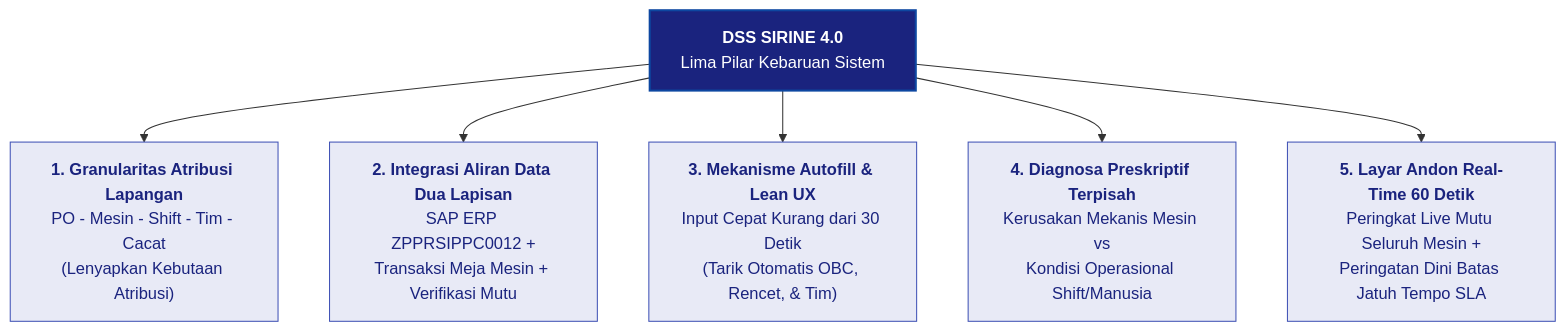
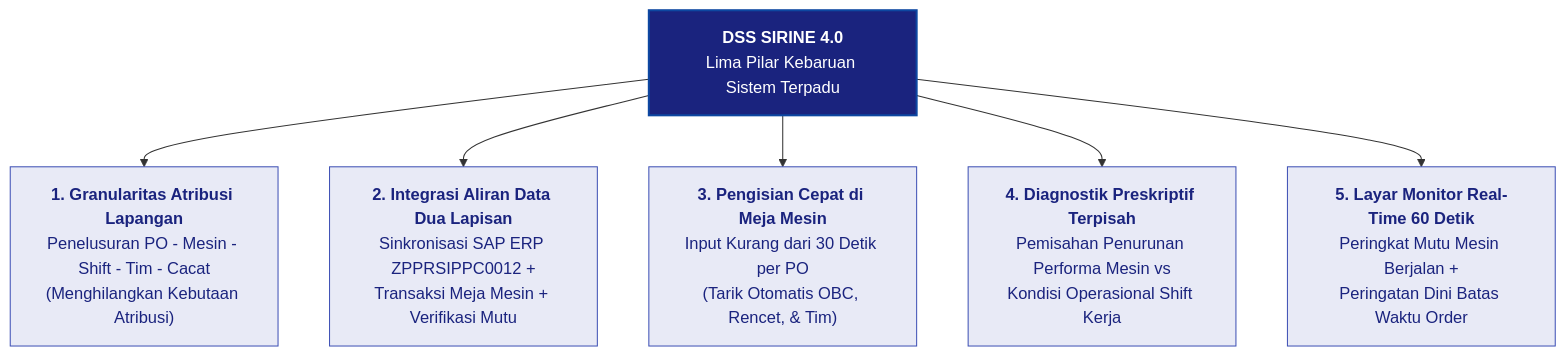
Before and after one commit to ZulfikarHD/iaka-2026: the first of 5 diagrams in makalah-iaka-2026/BAB4.md, drawn with Mermaid. The commit also changed other lines of this file and 8 other files, not shown here.

````diff
--- a/makalah-iaka-2026/BAB4.md
+++ b/makalah-iaka-2026/BAB4.md
@@ -13,23 +15,23 @@
 ```mermaid
 graph TD
-    Root["<b>DSS SIRINE 4.0</b><br/>Lima Pilar Kebaruan Sistem"]
+    Root["<b>DSS SIRINE 4.0</b><br/>Lima Pilar Kebaruan Sistem Terpadu"]
     
-    P1["<b>1. Granularitas Atribusi Lapangan</b><br/>PO - Mesin - Shift - Tim - Cacat<br/>(Lenyapkan Kebutaan Atribusi)"]
-    P2["<b>2. Integrasi Aliran Data Dua Lapisan</b><br/>SAP ERP ZPPRSIPPC0012 +<br/>Transaksi Meja Mesin + Verifikasi Mutu"]
-    P3["<b>3. Mekanisme Autofill & Lean UX</b><br/>Input Cepat Kurang dari 30 Detik<br/>(Tarik Otomatis OBC, Rencet, & Tim)"]
-    P4["<b>4. Diagnosa Preskriptif Terpisah</b><br/>Kerusakan Mekanis Mesin vs<br/>Kondisi Operasional Shift/Manusia"]
-    P5["<b>5. Layar Andon Real-Time 60 Detik</b><br/>Peringkat Live Mutu Seluruh Mesin +<br/>Peringatan Dini Batas Jatuh Tempo SLA"]
+    P1["<b>1. Granularitas Atribusi Lapangan</b><br/>Penelusuran PO - Mesin - Shift - Tim - Cacat<br/>(Menghilangkan Kebutaan Atribusi)"]
+    P2["<b>2. Integrasi Aliran Data Dua Lapisan</b><br/>Sinkronisasi SAP ERP ZPPRSIPPC0012 +<br/>Transaksi Meja Mesin + Verifikasi Mutu"]
+    P3["<b>3. Pengisian Cepat di Meja Mesin</b><br/>Input Kurang dari 30 Detik per PO<br/>(Tarik Otomatis OBC, Rencet, & Tim)"]
+    P4["<b>4. Diagnostik Preskriptif Terpisah</b><br/>Pemisahan Penurunan Performa Mesin vs<br/>Kondisi Operasional Shift Kerja"]
+    P5["<b>5. Layar Monitor Real-Time 60 Detik</b><br/>Peringkat Mutu Mesin Berjalan +<br/>Peringatan Dini Batas Waktu Order"]
     
     Root --> P1
     Root --> P2
     Root --> P3
     Root --> P4
     Root --> P5
 
     style Root fill:#1a237e,stroke:#0d47a1,stroke-width:2px,color:#ffffff
     style P1 fill:#e8eaf6,stroke:#3f51b5,stroke-width:1px,color:#1a237e
     style P2 fill:#e8eaf6,stroke:#3f51b5,stroke-width:1px,color:#1a237e
     style P3 fill:#e8eaf6,stroke:#3f51b5,stroke-width:1px,color:#1a237e
     style P4 fill:#e8eaf6,stroke:#3f51b5,stroke-width:1px,color:#1a237e
     style P5 fill:#e8eaf6,stroke:#3f51b5,stroke-width:1px,color:#1a237e
 ```
````
